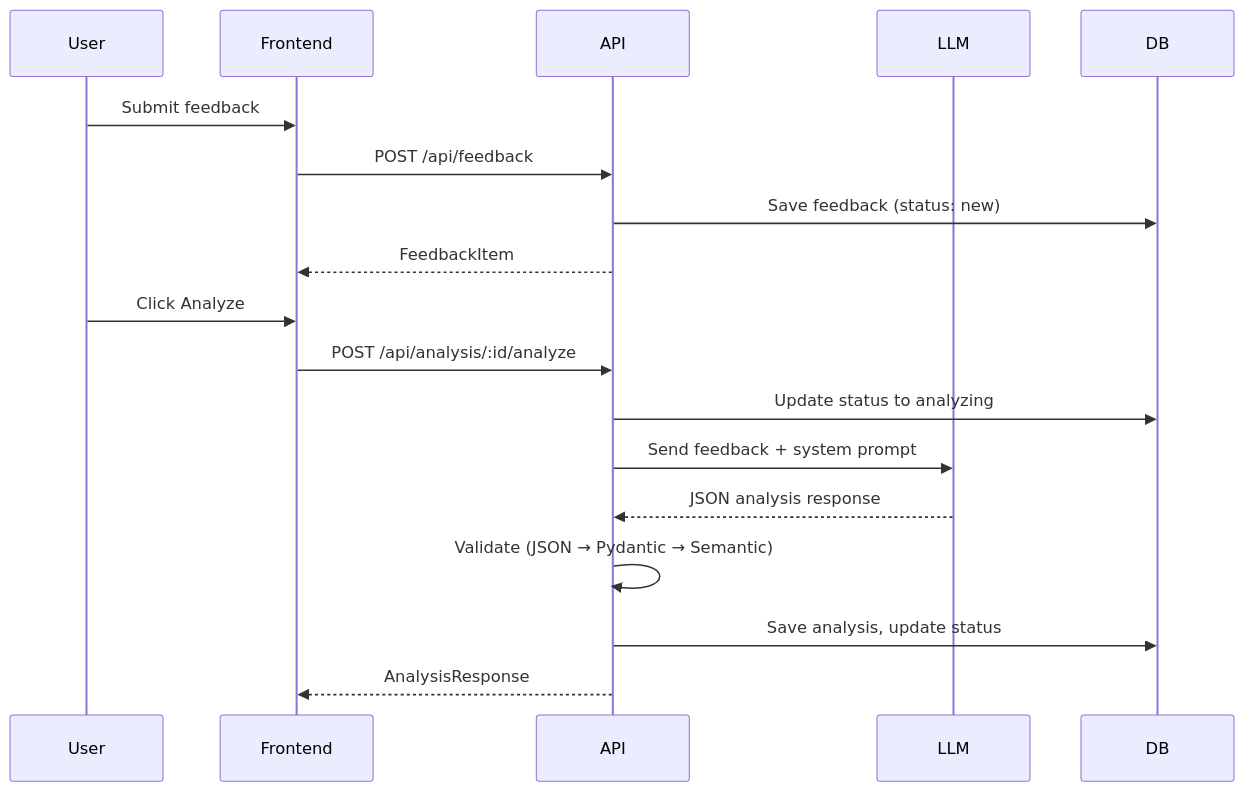
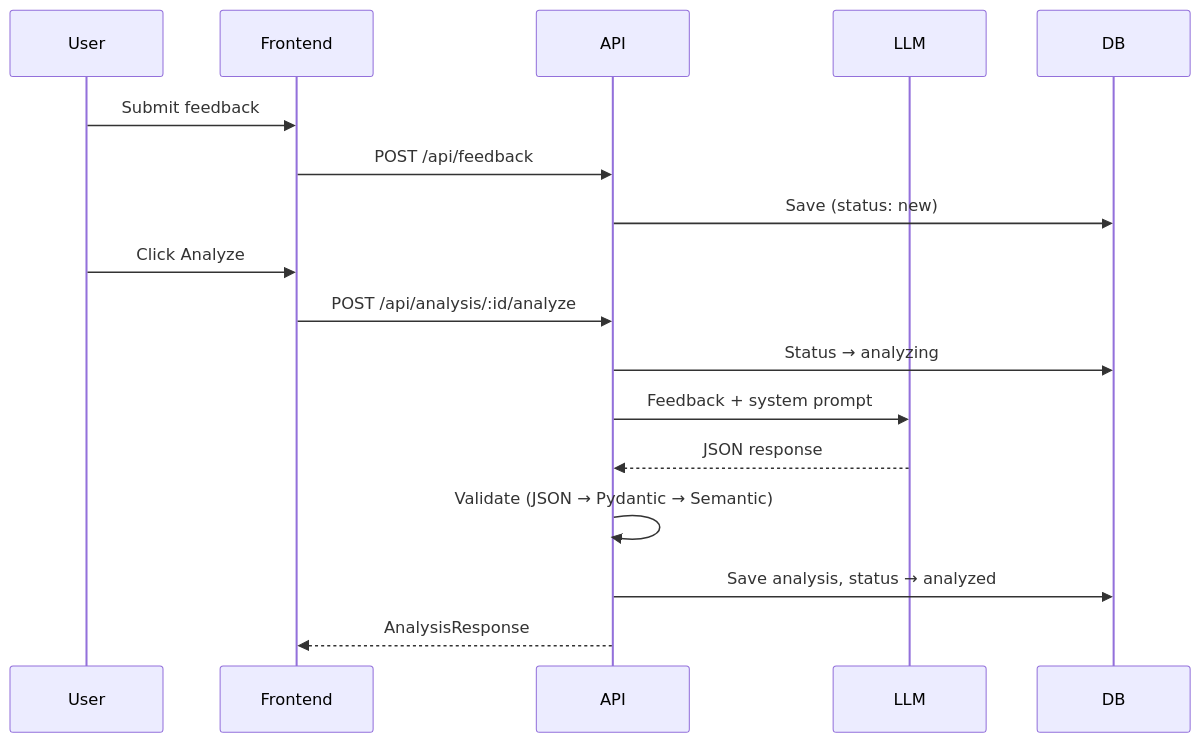
One commit to hitakshiA/Echolog changed the first of 4 diagrams in README.md. Above: the diagram before and after it, drawn with Mermaid. The commit also changed other lines of this file and 3 other files, not shown here.

````diff
--- a/README.md
+++ b/README.md
@@ -37,22 +34,21 @@
 ```mermaid
 sequenceDiagram
     participant User
     participant Frontend
     participant API
     participant LLM
     participant DB
 
     User->>Frontend: Submit feedback
     Frontend->>API: POST /api/feedback
-    API->>DB: Save feedback (status: new)
-    API-->>Frontend: FeedbackItem
+    API->>DB: Save (status: new)
 
     User->>Frontend: Click Analyze
     Frontend->>API: POST /api/analysis/:id/analyze
-    API->>DB: Update status to analyzing
-    API->>LLM: Send feedback + system prompt
-    LLM-->>API: JSON analysis response
+    API->>DB: Status → analyzing
+    API->>LLM: Feedback + system prompt
+    LLM-->>API: JSON response
     API->>API: Validate (JSON → Pydantic → Semantic)
-    API->>DB: Save analysis, update status
+    API->>DB: Save analysis, status → analyzed
     API-->>Frontend: AnalysisResponse
 ```
````
